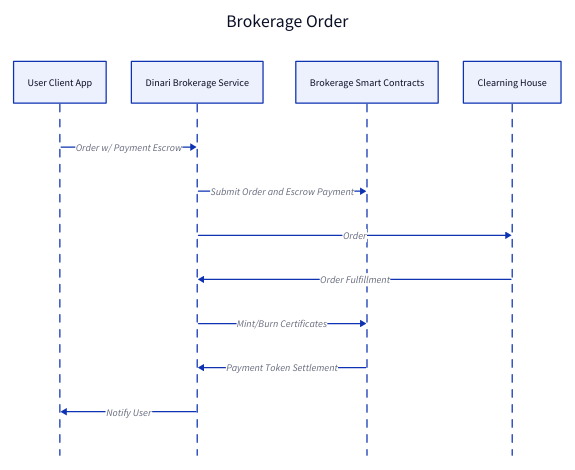
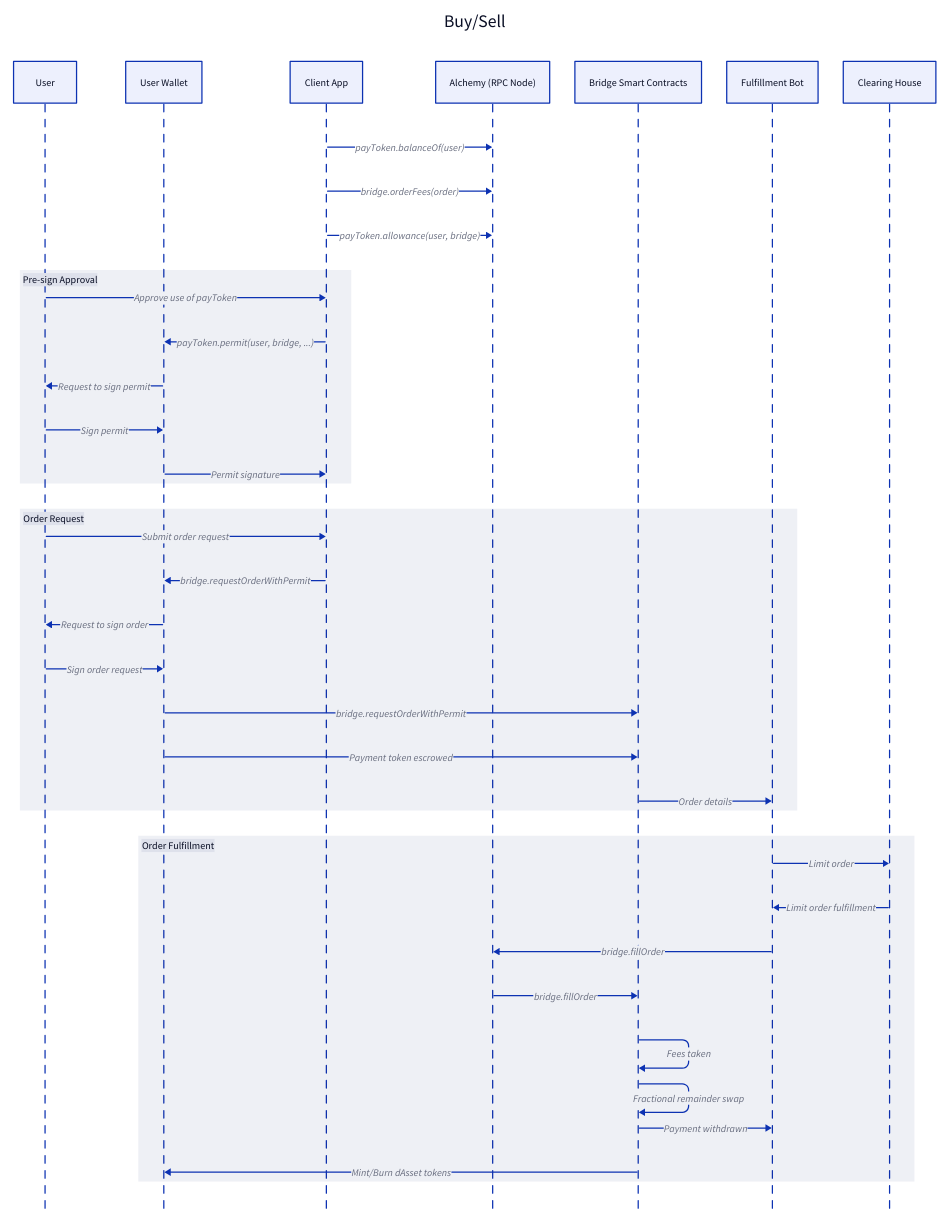
One commit to dinaricrypto/sbt-contracts changed the diagram in docs/brokerage-order.d2. Above: the diagram before and after it, drawn with D2. The commit also changed 21 other files, not shown here.

First line of the commit message:
Order sequence (#32)

```diff
--- a/docs/brokerage-order.d2
+++ b/docs/brokerage-order.d2
@@ -1,16 +1,41 @@
-Brokerage Order: {
+Buy/Sell: {
   shape: sequence_diagram
 
-  user: User Client App
-  api: Dinari Brokerage Service
-  contracts: Brokerage Smart Contracts
-  clearing: Clearning House
+  user: User
+  wallet: User Wallet
+  app: Client App
+  rpc: Alchemy (RPC Node)
+  contracts: Bridge Smart Contracts
+  bot: Fulfillment Bot
+  clearing: Clearing House
 
-  user -> api: Order w/ Payment Escrow
-  api -> contracts: Submit Order and Escrow Payment
-  api -> clearing: Order
-  clearing -> api: Order Fulfillment
-  api -> contracts: Mint/Burn Certificates
-  contracts -> api: Payment Token Settlement
-  api -> user: Notify User
+  app -> rpc: payToken.balanceOf(user)
+  app -> rpc: bridge.orderFees(order)
+  app -> rpc: payToken.allowance(user, bridge)
+  Pre-sign Approval: {
+    user -> app: Approve use of payToken
+    app -> wallet: payToken.permit(user, bridge, ...)
+    wallet -> user: Request to sign permit
+    user -> wallet: Sign permit
+    wallet -> app: Permit signature
+  }
+  Order Request: {
+    user -> app: Submit order request
+    app -> wallet: bridge.requestOrderWithPermit
+    wallet -> user: Request to sign order
+    user -> wallet: Sign order request
+    wallet -> contracts: bridge.requestOrderWithPermit
+    wallet -> contracts: Payment token escrowed
+    contracts -> bot: Order details
+  }
+  Order Fulfillment: {
+    bot -> clearing: Limit order
+    clearing -> bot: Limit order fulfillment
+    bot -> rpc: bridge.fillOrder
+    rpc -> contracts: bridge.fillOrder
+    contracts -> contracts: Fees taken
+    contracts -> contracts: Fractional remainder swap
+    contracts -> bot: Payment withdrawn
+    contracts -> wallet: Mint/Burn dAsset tokens
+  }
 }
```
